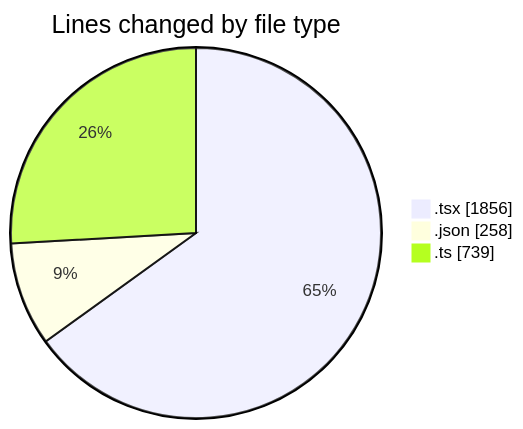
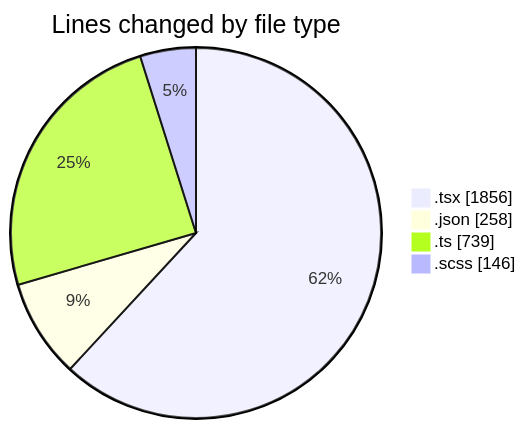
One commit to momahboobian/code-tracking changed the first of 2 diagrams in 2026-05-12/cda/README.md. Above: the diagram before and after it, drawn with Mermaid. The commit also changed other lines of this file and 1 other file, not shown here.

````diff
--- a/2026-05-12/cda/README.md
+++ b/2026-05-12/cda/README.md
@@ -33,7 +35,8 @@
 ```mermaid
 pie showData
 title Lines changed by file type
 ".tsx" : 1856
 ".json" : 258
 ".ts" : 739
+".scss" : 146
 ```
````
